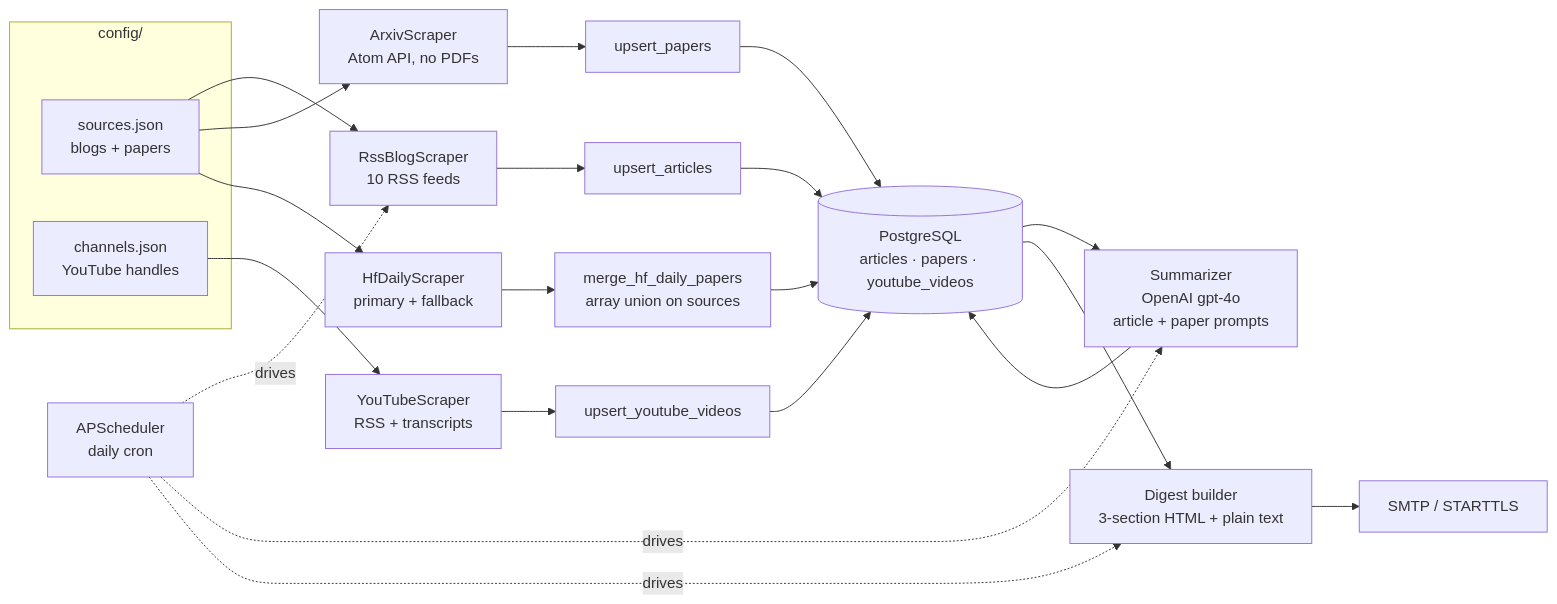
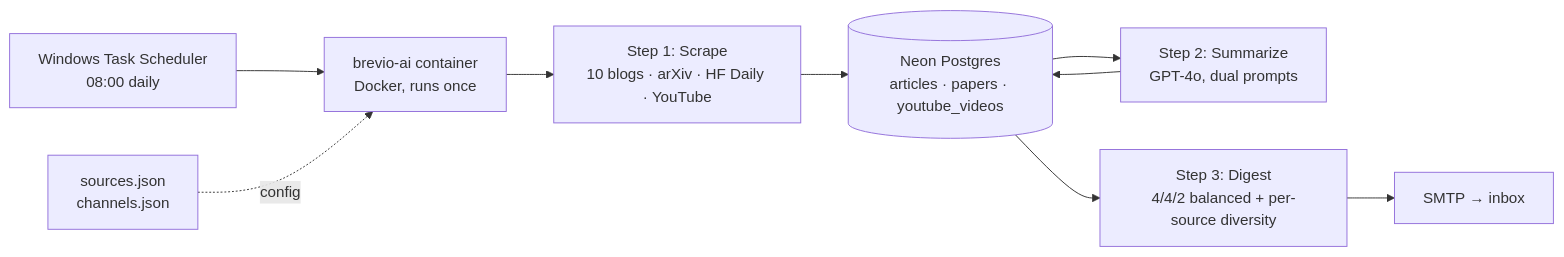
The diagram in README.md (CrSamson/brevio-ai), drawn with Mermaid before and after one commit. The commit also changed other lines of this file, not shown here.

````diff
--- a/README.md
+++ b/README.md
@@ -25,31 +23,12 @@
 ```mermaid
 flowchart LR
-    subgraph Config["config/"]
-        SJ[sources.json<br/>blogs + papers]
-        CJ[channels.json<br/>YouTube handles]
-    end
+    Cron[Windows Task Scheduler<br/>08:00 daily] --> App[brevio-ai container<br/>Docker, runs once]
+    Cfg[sources.json<br/>channels.json] -.config.-> App
 
-    SJ --> R1[RssBlogScraper<br/>10 RSS feeds]
-    SJ --> R2[ArxivScraper<br/>Atom API, no PDFs]
-    SJ --> R3[HfDailyScraper<br/>primary + fallback]
-    CJ --> R4[YouTubeScraper<br/>RSS + transcripts]
-
-    R1 --> U1[upsert_articles]
-    R2 --> U2[upsert_papers]
-    R3 --> U3[merge_hf_daily_papers<br/>array union on sources]
-    R4 --> U4[upsert_youtube_videos]
-
-    U1 --> DB[(PostgreSQL<br/>articles · papers · youtube_videos)]
-    U2 --> DB
-    U3 --> DB
-    U4 --> DB
-
-    DB --> SUM[Summarizer<br/>OpenAI gpt-4o<br/>article + paper prompts]
-    SUM --> DB
-    DB --> DIG[Digest builder<br/>3-section HTML + plain text]
-    DIG --> EM[SMTP / STARTTLS]
-
-    SCHED[APScheduler<br/>daily cron] -.drives.-> R1
-    SCHED -.drives.-> SUM
-    SCHED -.drives.-> DIG
+    App --> Scrape[Step 1: Scrape<br/>10 blogs · arXiv · HF Daily · YouTube]
+    Scrape --> DB[(Neon Postgres<br/>articles · papers · youtube_videos)]
+    DB --> Sum[Step 2: Summarize<br/>GPT-4o, dual prompts]
+    Sum --> DB
+    DB --> Dig[Step 3: Digest<br/>4/4/2 balanced + per-source diversity]
+    Dig --> Mail[SMTP → inbox]
 ```
````
